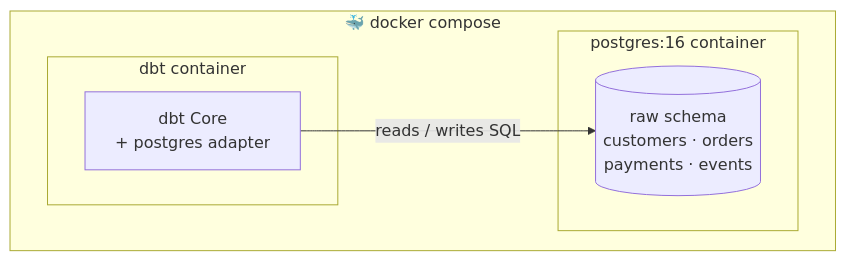
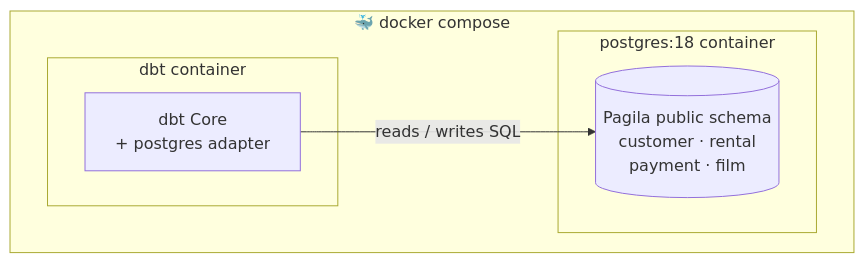
One commit to adnlab/dbt_pagilla changed the first of 2 diagrams in README.md. Above: the diagram before and after it, drawn with Mermaid. The commit also changed other lines of this file and 81 other files, not shown here.

First line of the commit message:
Swap practicum data to Pagila (~51k rows) on Postgres 18

````diff
--- a/README.md
+++ b/README.md
@@ -16,13 +19,13 @@
 ```mermaid
 flowchart LR
     subgraph docker["🐳 docker compose"]
         direction LR
-        subgraph pg["postgres:16 container"]
-            raw[("raw schema<br/>customers · orders<br/>payments · events")]
+        subgraph pg["postgres:18 container"]
+            raw[("Pagila public schema<br/>customer · rental<br/>payment · film")]
         end
         subgraph dbtc["dbt container"]
             dbt["dbt Core<br/>+ postgres adapter"]
         end
     end
     dbt -->|reads / writes SQL| raw
 ```
````
